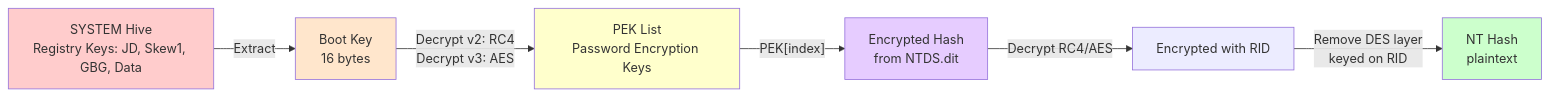
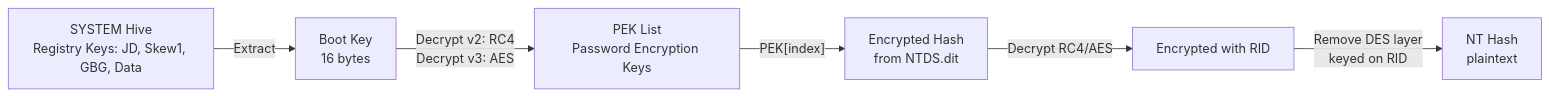
Before and after one commit to zbalkan/zbalkan.github.io: the second of 2 diagrams in _posts/2026-08-11-ditjson.md, drawn with Mermaid. The commit also changed other lines of this file, not shown here.

Commit message:
Removed background colors from mermaid diagrams

````diff
--- a/_posts/2026-08-11-ditjson.md
+++ b/_posts/2026-08-11-ditjson.md
@@ -45,13 +41,8 @@
 ```mermaid
 graph LR
     A["SYSTEM Hive<br/>Registry Keys: JD, Skew1, GBG, Data"] -->|Extract| B["Boot Key<br/>16 bytes"]
     B -->|Decrypt v2: RC4<br/>Decrypt v3: AES| C["PEK List<br/>Password Encryption Keys"]
     C -->|"PEK[index]"| D["Encrypted Hash<br/>from NTDS.dit"]
     D -->|Decrypt RC4/AES| E["Encrypted with RID"]
     E -->|Remove DES layer<br/>keyed on RID| F["NT Hash<br/>plaintext"]
-    style A fill:#ffcccc
-    style B fill:#ffe6cc
-    style C fill:#ffffcc
-    style D fill:#e6ccff
-    style F fill:#ccffcc
 ```
````
